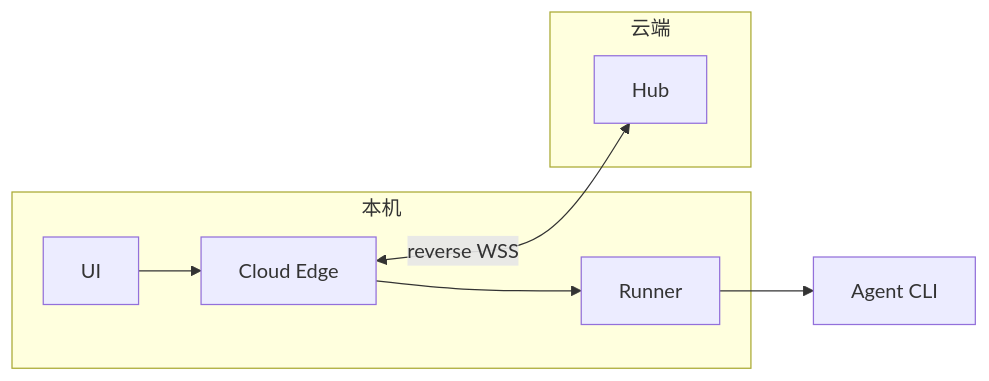
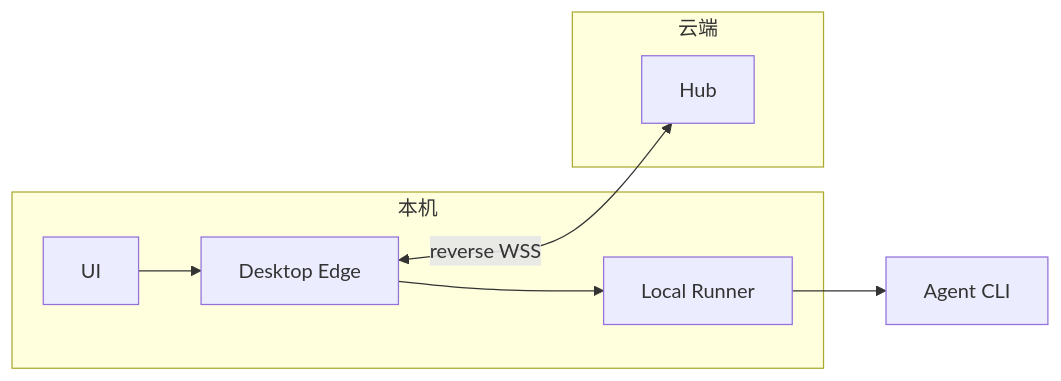
One commit to TokenDanceLab/AgentHub changed the sixth of 10 diagrams in docs/architecture.md. Above: the diagram before and after it, drawn with Mermaid. The commit also changed other lines of this file and 31 other files, not shown here.

````diff
--- a/docs/architecture.md
+++ b/docs/architecture.md
@@ -126,19 +126,19 @@
 ```mermaid
 graph LR
     subgraph Local["本机"]
         UI["UI"]
-        Edge["Cloud Edge"]
-        Runner["Runner"]
+        Edge["Desktop Edge"]
+        Runner["Local Runner"]
     end
 
     subgraph Cloud["云端"]
         Hub["Hub"]
     end
 
     Agent["Agent CLI"]
 
     UI --> Edge
     Edge --> Runner
     Runner --> Agent
     Edge <-->|"reverse WSS"| Hub
 ```
````
